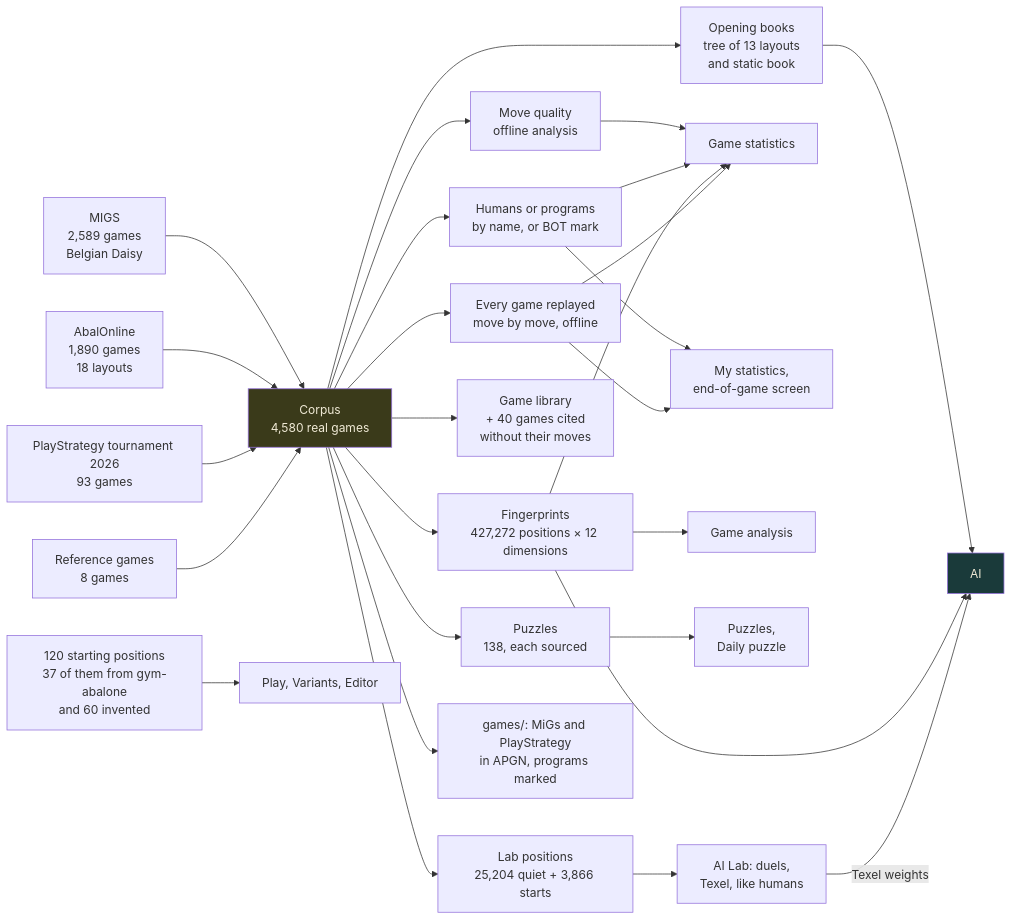
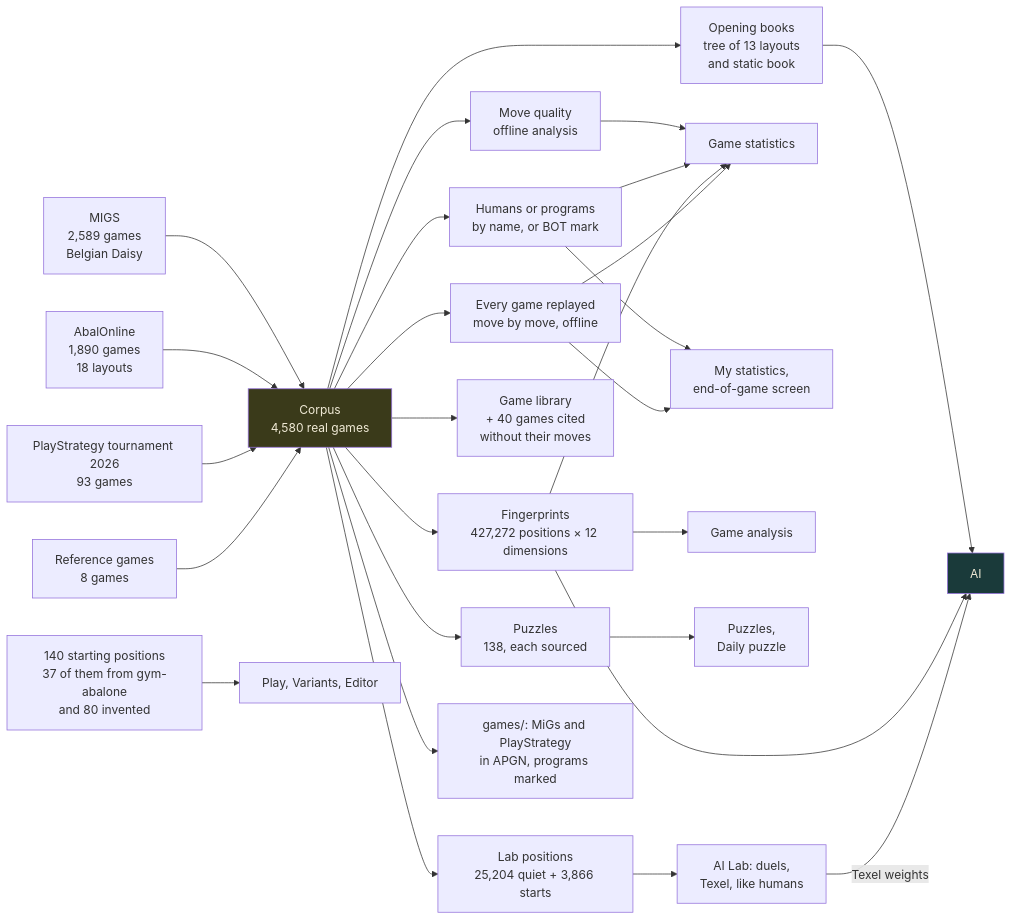
One commit to ocj94/Abalassembly changed the second of 3 diagrams in docs-en/Architecture.en.md. Above: the diagram before and after it, drawn with Mermaid. The commit also changed other lines of this file and 17 other files, not shown here.

````diff
--- a/docs-en/Architecture.en.md
+++ b/docs-en/Architecture.en.md
@@ -61,34 +61,34 @@
 ```mermaid
 flowchart LR
     S1[MIGS<br/>2,589 games<br/>Belgian Daisy] --> C[Corpus<br/>4,580 real games]
     S2[AbalOnline<br/>1,890 games<br/>18 layouts] --> C
     S3[PlayStrategy tournament 2026<br/>93 games] --> C
     S4[Reference games<br/>8 games] --> C
 
     C --> O[Opening books<br/>tree of 13 layouts<br/>and static book]
     C --> E[Fingerprints<br/>427,272 positions × 12 dimensions]
     C --> R[Every game replayed<br/>move by move, offline]
     C --> P[Puzzles<br/>138, each sourced]
     C --> LP[Lab positions<br/>25,204 quiet + 3,866 starts]
     C --> L[Game library<br/>+ 40 games cited<br/>without their moves]
     C --> Q[Move quality<br/>offline analysis]
     C --> HP[Humans or programs<br/>by name, or BOT mark]
     C --> AP[games/: MiGs and PlayStrategy<br/>in APGN, programs marked]
-    D[120 starting positions<br/>37 of them from gym-abalone<br/>and 60 invented] --> V[Play, Variants, Editor]
+    D[140 starting positions<br/>37 of them from gym-abalone<br/>and 80 invented] --> V[Play, Variants, Editor]
     Q --> ST
     HP --> ST
     HP --> MS
 
     O --> AI[AI]
     E --> AI
     E --> AN[Game analysis]
     E --> ST[Game statistics]
     R --> ST
     R --> MS[My statistics,<br/>end-of-game screen]
     P --> PB[Puzzles,<br/>Daily puzzle]
     LP --> LAB[AI Lab: duels,<br/>Texel, like humans]
     LAB -->|Texel weights| AI
 
     style C fill:#3a3a1a,color:#f0ead6
     style AI fill:#1a3a3a,color:#f0ead6
 ```
````
